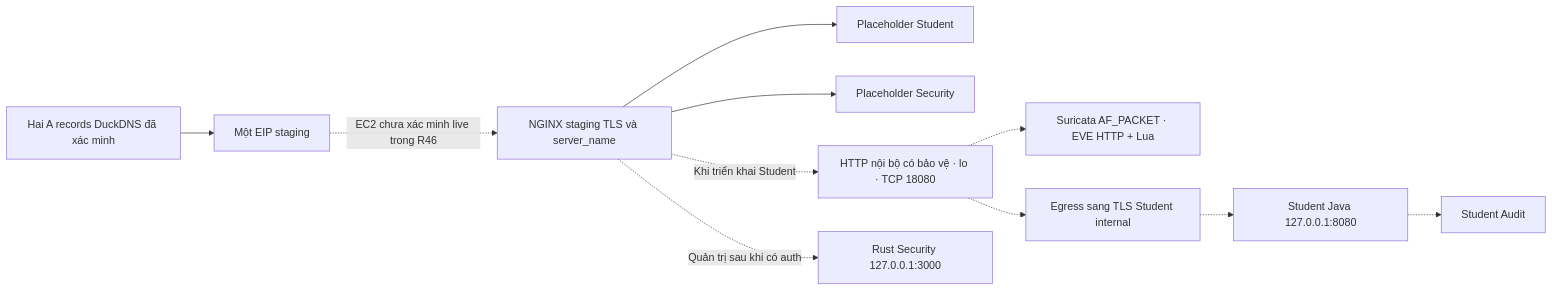
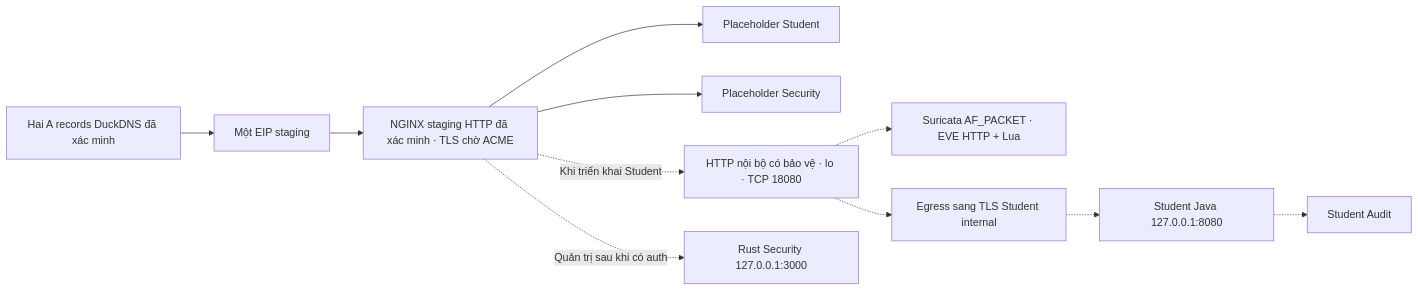
The diagram in docs/131_T09_R46_AWS_WEB_INFRASTRUCTURE_SETUP.md (vuong-quoc-trung/idps-web-aws), drawn with Mermaid before and after one commit. The commit also changed other lines of this file, not shown here.

Commit message:
docs(aws): record R46 live staging acceptance

````diff
--- a/docs/131_T09_R46_AWS_WEB_INFRASTRUCTURE_SETUP.md
+++ b/docs/131_T09_R46_AWS_WEB_INFRASTRUCTURE_SETUP.md
@@ -27,13 +27,13 @@
 ```mermaid
 flowchart LR
     dogs["Hai A records DuckDNS đã xác minh"] --> eip["Một EIP staging"]
-    eip -.->|"EC2 chưa xác minh live trong R46"| edge["NGINX staging TLS và server_name"]
+    eip --> edge["NGINX staging HTTP đã xác minh · TLS chờ ACME"]
     edge --> stub1["Placeholder Student"]
     edge --> stub2["Placeholder Security"]
     edge -.->|"Khi triển khai Student"| leg["HTTP nội bộ có bảo vệ · lo · TCP 18080"]
     leg -.-> sensor["Suricata AF_PACKET · EVE HTTP + Lua"]
     leg -.-> origin["Egress sang TLS Student internal"]
     origin -.-> api["Student Java 127.0.0.1:8080"]
     api -.-> audit["Student Audit"]
     edge -.->|"Quản trị sau khi có auth"| rust["Rust Security 127.0.0.1:3000"]
 ```
````
